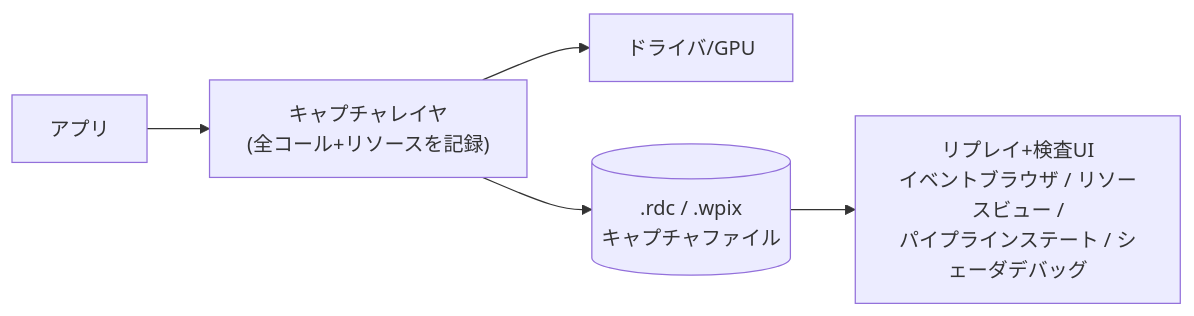
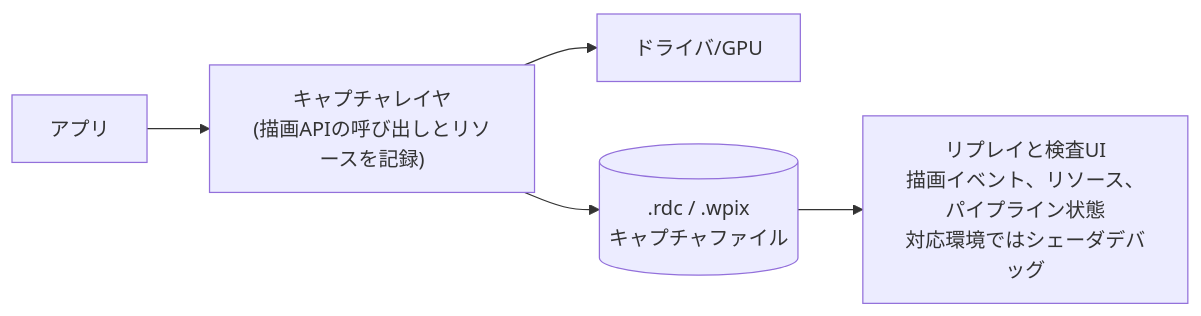
Before and after one commit to sny0/sny0.github.io: the diagram in study/docs/graphics/optimization/tools.md, drawn with Mermaid. The commit also changed other lines of this file and 24 other files, not shown here.

````diff
--- a/study/docs/graphics/optimization/tools.md
+++ b/study/docs/graphics/optimization/tools.md
@@ -59,6 +67,6 @@
 ```mermaid
 flowchart LR
-    APP[アプリ] --> HOOK["キャプチャレイヤ<br/>(全コール+リソースを記録)"] --> DRV[ドライバ/GPU]
+    APP[アプリ] --> HOOK["キャプチャレイヤ<br/>(描画APIの呼び出しとリソースを記録)"] --> DRV[ドライバ/GPU]
     HOOK --> FILE[(.rdc / .wpix<br/>キャプチャファイル)]
-    FILE --> REPLAY["リプレイ+検査UI<br/>イベントブラウザ / リソースビュー /<br/>パイプラインステート / シェーダデバッグ"]
+    FILE --> REPLAY["リプレイと検査UI<br/>描画イベント、リソース、パイプライン状態<br/>対応環境ではシェーダデバッグ"]
 ```
````
